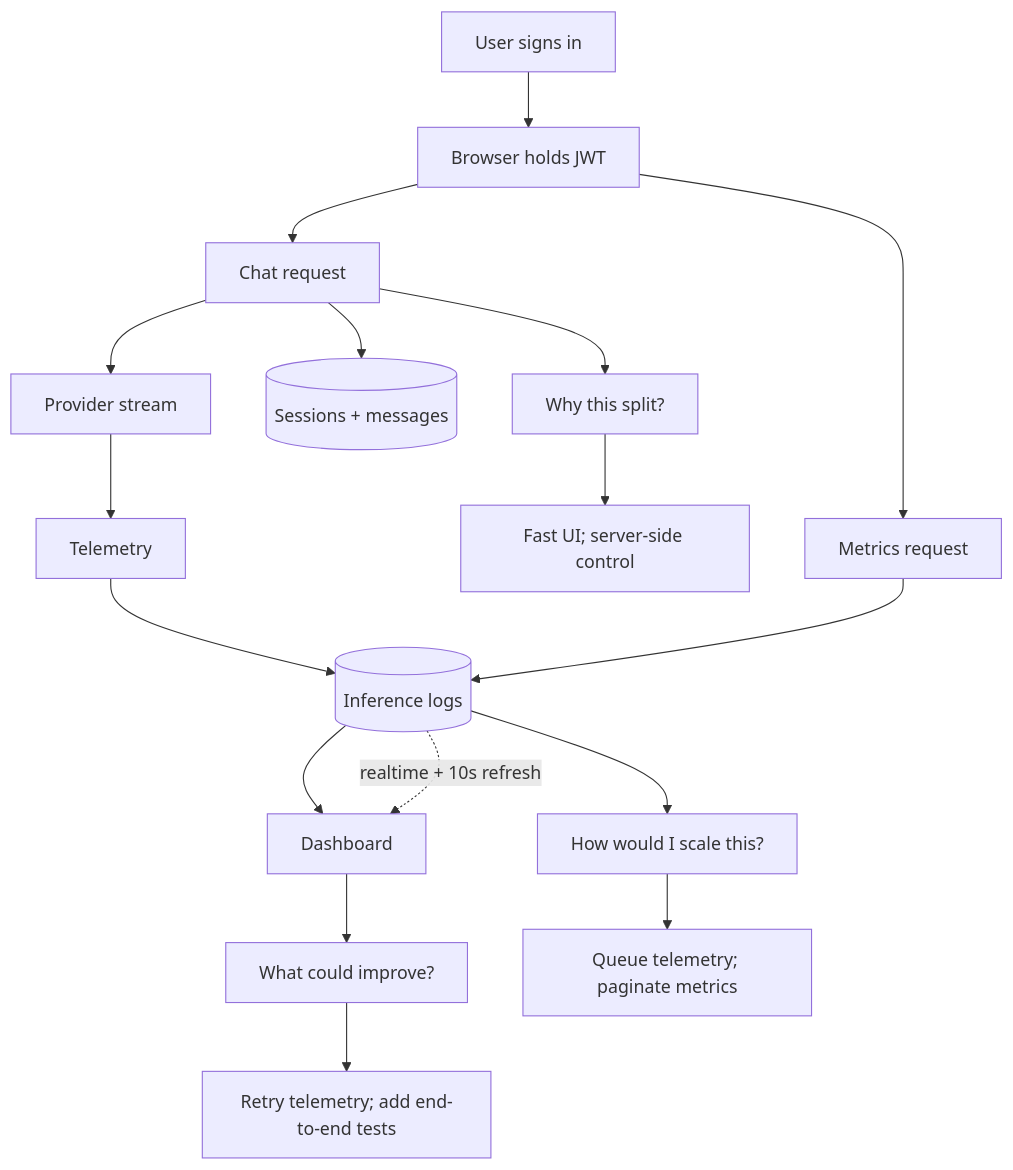
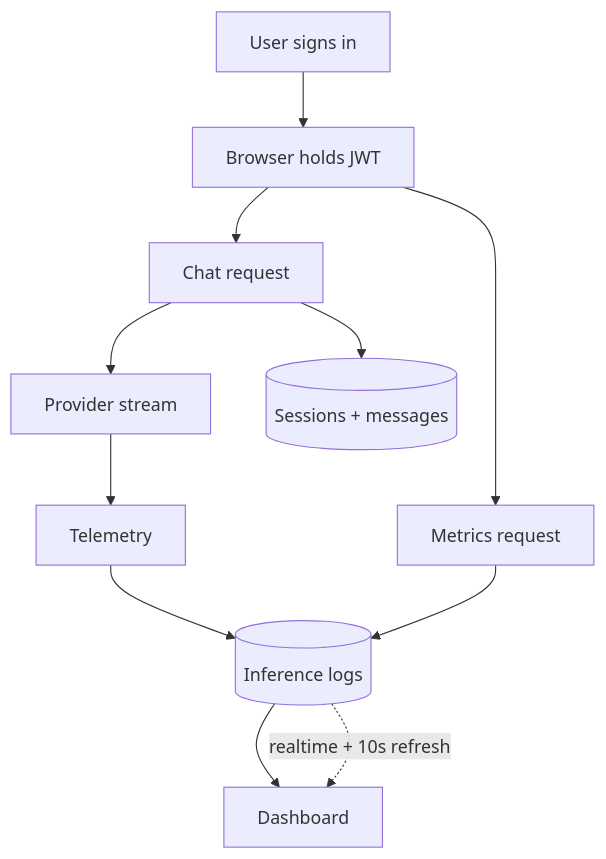
Before and after one commit to Ankesh-Singh/t7.chat: the diagram in How It Worked.md, drawn with Mermaid. The commit also changed other lines of this file and 2 other files, not shown here.

Commit message:
fix: support existing telemetry schema

````diff
--- a/How It Worked.md
+++ b/How It Worked.md
@@ -5,19 +5,13 @@
 ```mermaid
 flowchart TB
   A["User signs in"] --> B["Browser holds JWT"]
   B --> C["Chat request"]
   C --> D["Provider stream"]
   C --> E[("Sessions + messages")]
   D --> F["Telemetry"]
   F --> G[("Inference logs")]
   B --> H["Metrics request"]
   H --> G
   G --> I["Dashboard"]
   G -. "realtime + 10s refresh" .-> I
-  C --> Q1["Why this split?"]
-  Q1 --> A1["Fast UI; server-side control"]
-  G --> Q2["How would I scale this?"]
-  Q2 --> A2["Queue telemetry; paginate metrics"]
-  I --> Q3["What could improve?"]
-  Q3 --> A3["Retry telemetry; add end-to-end tests"]
 ```
````
